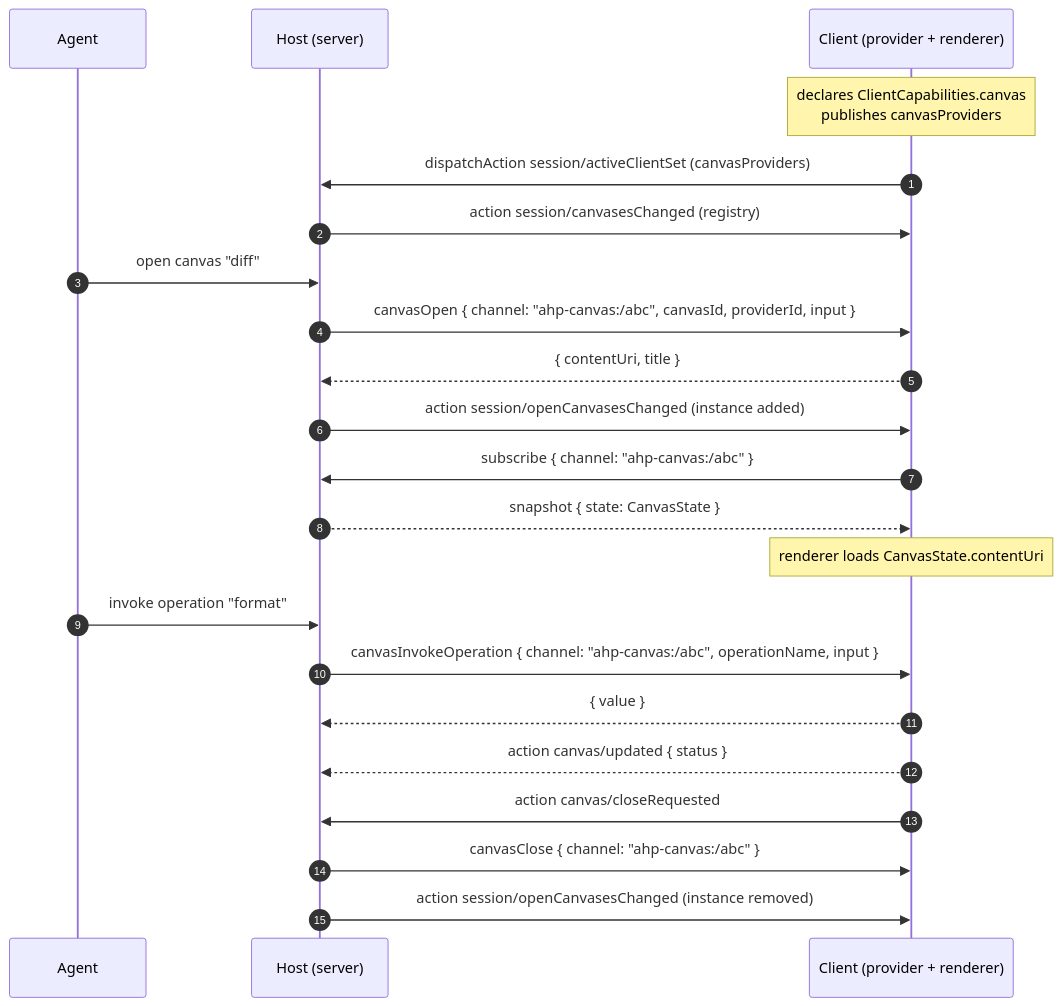
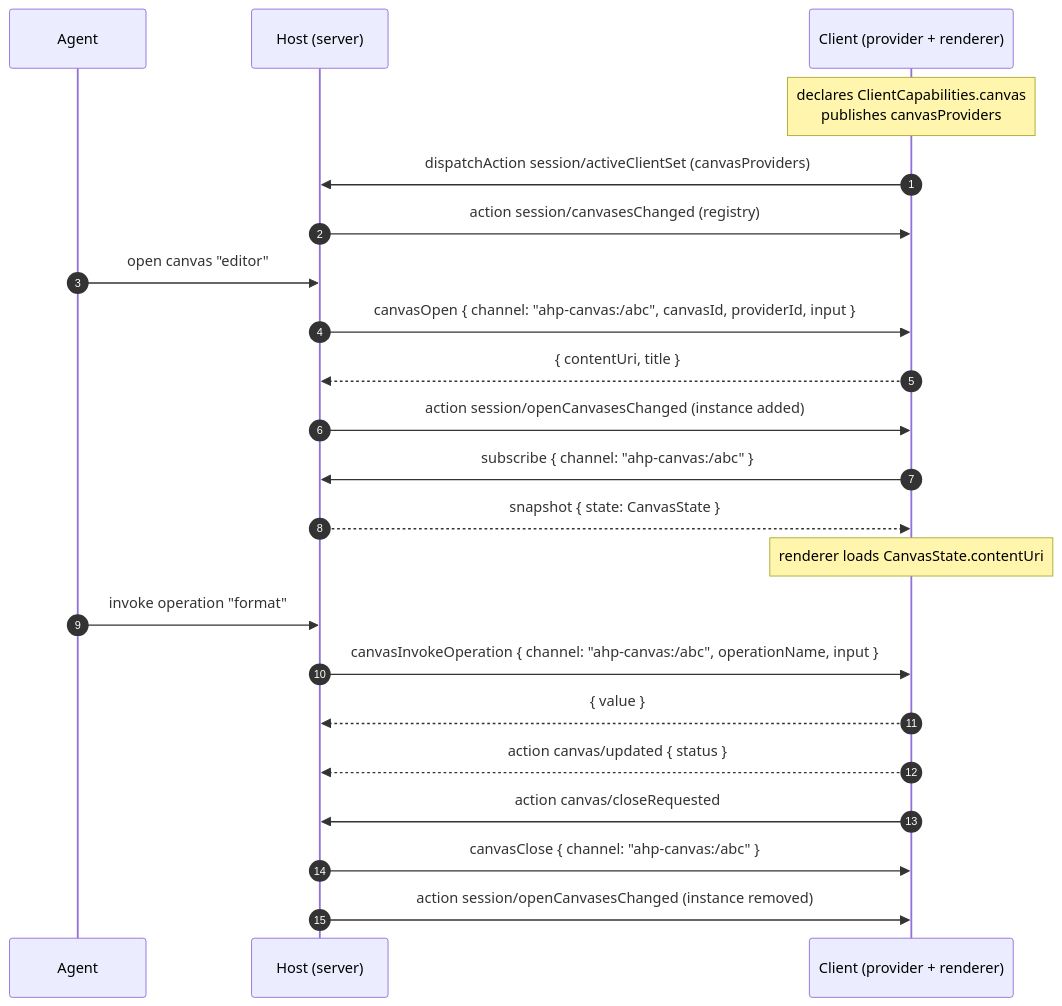
The diagram in docs/specification/canvas-channel.md (microsoft/agent-host-protocol), drawn with Mermaid before and after one commit. The commit also changed other lines of this file and 6 other files, not shown here.

````diff
--- a/docs/specification/canvas-channel.md
+++ b/docs/specification/canvas-channel.md
@@ -154,28 +154,28 @@
 ```mermaid
 sequenceDiagram
     autonumber
     participant A as Agent
     participant H as Host (server)
     participant C as Client (provider + renderer)
 
     Note over C: declares ClientCapabilities.canvas<br/>publishes canvasProviders
     C->>H: dispatchAction session/activeClientSet (canvasProviders)
     H->>C: action session/canvasesChanged (registry)
 
-    A->>H: open canvas "diff"
+    A->>H: open canvas "editor"
     H->>C: canvasOpen { channel: "ahp-canvas:/abc", canvasId, providerId, input }
     C-->>H: { contentUri, title }
     H->>C: action session/openCanvasesChanged (instance added)
     C->>H: subscribe { channel: "ahp-canvas:/abc" }
     H-->>C: snapshot { state: CanvasState }
 
     Note over C: renderer loads CanvasState.contentUri
     A->>H: invoke operation "format"
     H->>C: canvasInvokeOperation { channel: "ahp-canvas:/abc", operationName, input }
     C-->>H: { value }
     C-->>H: action canvas/updated { status }
 
     C->>H: action canvas/closeRequested
     H->>C: canvasClose { channel: "ahp-canvas:/abc" }
     H->>C: action session/openCanvasesChanged (instance removed)
 ```
````
